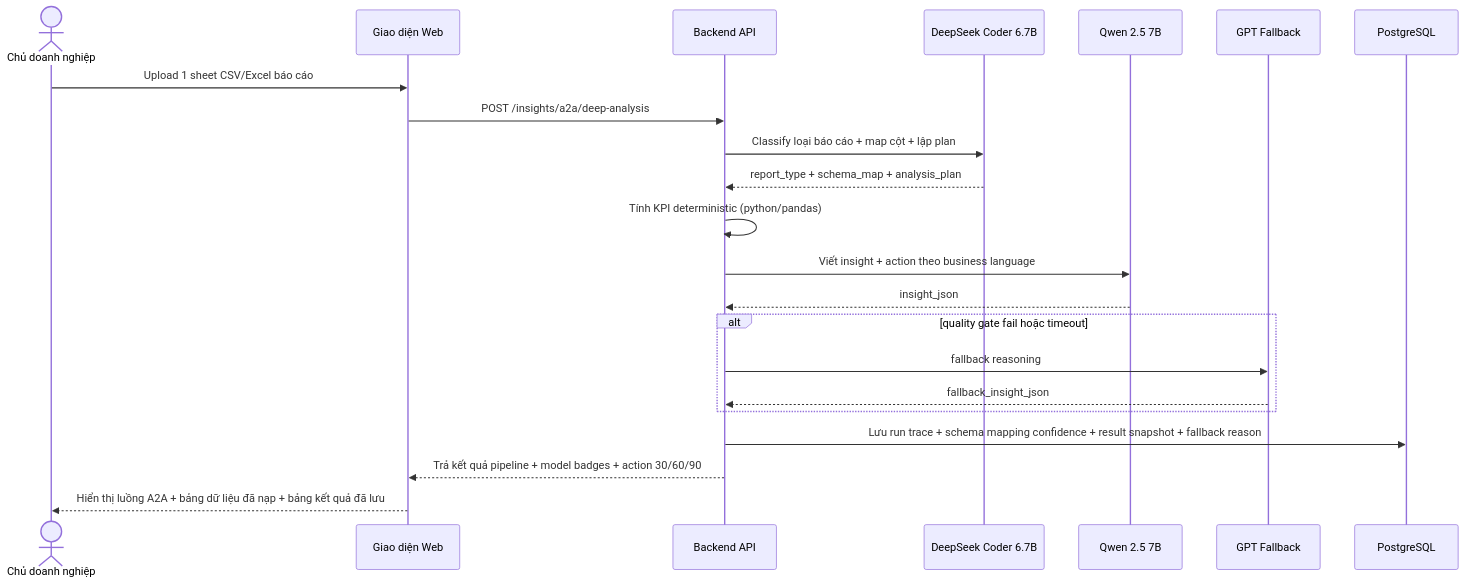
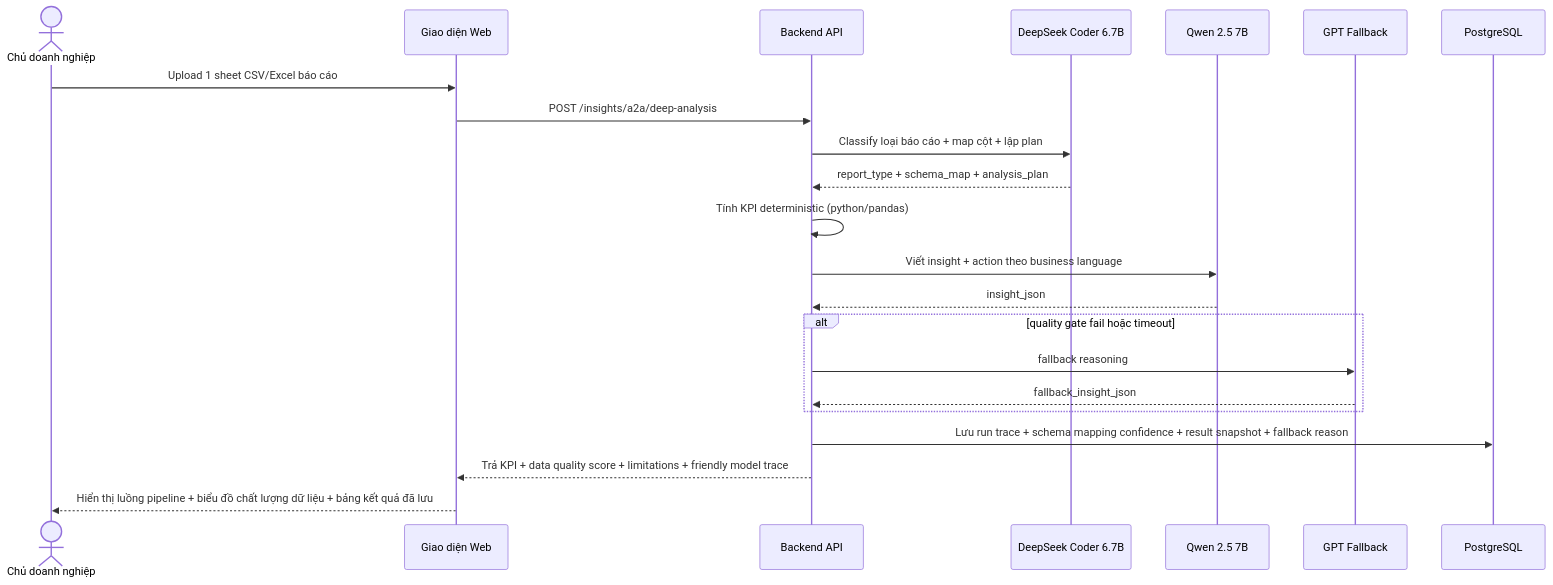
One commit to medu1122/cap2 changed the ninth of 9 diagrams in docs/final/02-architecture/sequence-diagrams.md. Above: the diagram before and after it, drawn with Mermaid. The commit also changed other lines of this file and 21 other files, not shown here.

````diff
--- a/docs/final/02-architecture/sequence-diagrams.md
+++ b/docs/final/02-architecture/sequence-diagrams.md
@@ -390,25 +390,25 @@
 ```mermaid
 sequenceDiagram
     actor Owner as Chủ doanh nghiệp
     participant Web as Giao diện Web
     participant API as Backend API
     participant DS as DeepSeek Coder 6.7B
     participant QW as Qwen 2.5 7B
     participant GPT as GPT Fallback
     participant DB as PostgreSQL
 
     Owner->>Web: Upload 1 sheet CSV/Excel báo cáo
     Web->>API: POST /insights/a2a/deep-analysis
     API->>DS: Classify loại báo cáo + map cột + lập plan
     DS-->>API: report_type + schema_map + analysis_plan
     API->>API: Tính KPI deterministic (python/pandas)
     API->>QW: Viết insight + action theo business language
     QW-->>API: insight_json
     alt quality gate fail hoặc timeout
         API->>GPT: fallback reasoning
         GPT-->>API: fallback_insight_json
     end
     API->>DB: Lưu run trace + schema mapping confidence + result snapshot + fallback reason
-    API-->>Web: Trả kết quả pipeline + model badges + action 30/60/90
-    Web-->>Owner: Hiển thị luồng A2A + bảng dữ liệu đã nạp + bảng kết quả đã lưu
+    API-->>Web: Trả KPI + data quality score + limitations + friendly model trace
+    Web-->>Owner: Hiển thị luồng pipeline + biểu đồ chất lượng dữ liệu + bảng kết quả đã lưu
 ```
````
